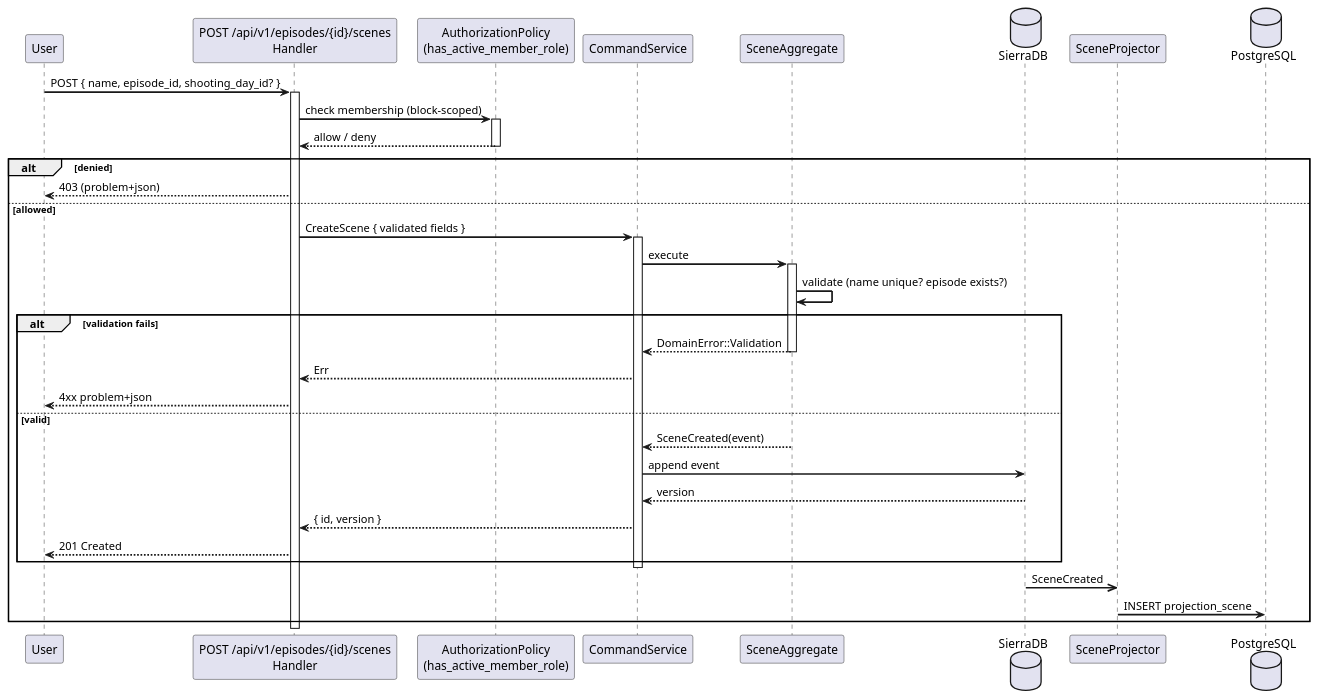
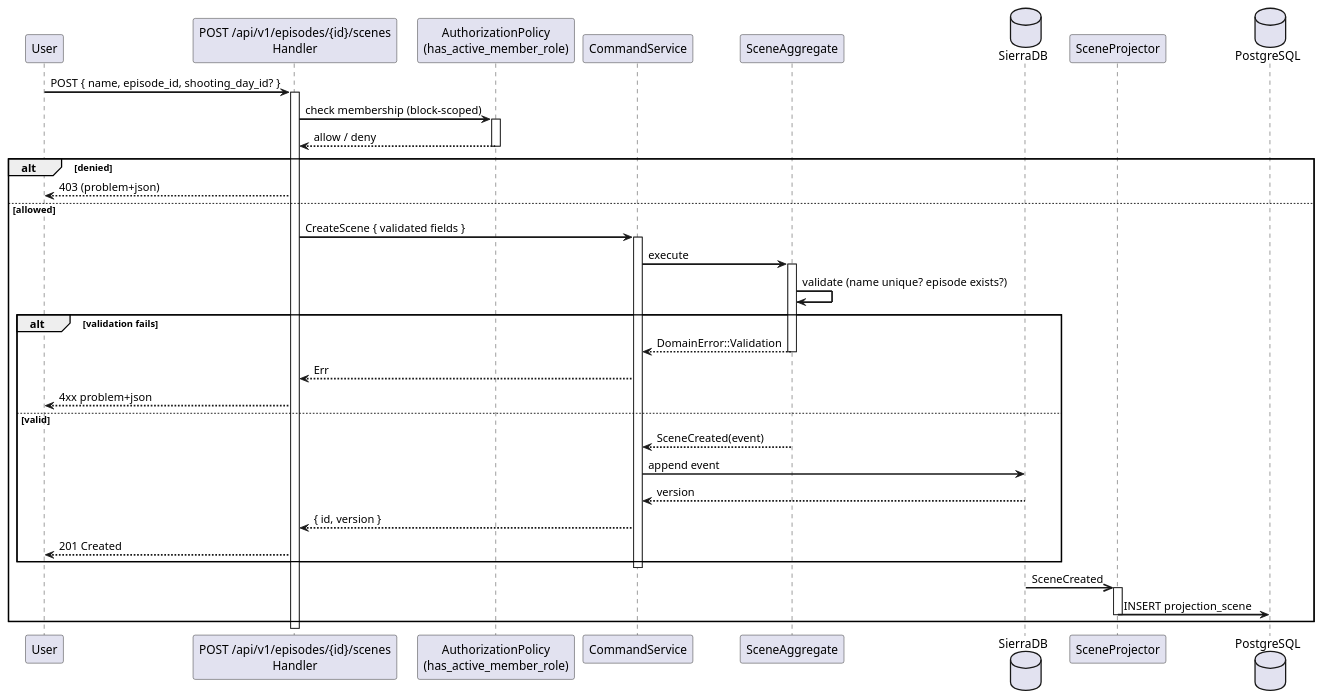
Before and after one commit to tradem/breakdown-rs: the diagram in backend/docs/architecture/diagrams/create-scene-sequence.puml, drawn with PlantUML.

Commit message:
fix: activate proj lifeline in create-scene-sequence diagram
CodeRabbitAI feedback: deactivate proj had no matching activate — the
->> message arrow does not create a lifeline activation. Add activate proj
after the SceneCreated delivery. Diagram re-rendered and verified.

```diff
--- a/backend/docs/architecture/diagrams/create-scene-sequence.puml
+++ b/backend/docs/architecture/diagrams/create-scene-sequence.puml
@@ -1,52 +1,53 @@
 @startuml create-scene-sequence
 ' SPDX-License-Identifier: AGPL-3.0
 ' Copyright (C) 2024-2026 Breakdown RS Contributors
 ' Co-authored-by: kimi-k3 (neuralwatt)
 '
 ' Runtime view: POST scene command with authz gate.
 
 skinparam shadowing false
 skinparam sequenceArrowThickness 2
 
 participant "User" as user
 participant "POST /api/v1/episodes/{id}/scenes\nHandler" as api
 participant "AuthorizationPolicy\n(has_active_member_role)" as authz
 participant "CommandService" as svc
 participant "SceneAggregate" as agg
 database "SierraDB" as es
 participant "SceneProjector" as proj
 database "PostgreSQL" as db
 
 user -> api : POST { name, episode_id, shooting_day_id? }
 activate api
 api -> authz : check membership (block-scoped)
 activate authz
 authz --> api : allow / deny
 deactivate authz
 alt denied
   api --> user : 403 (problem+json)
 else allowed
   api -> svc : CreateScene { validated fields }
   activate svc
   svc -> agg : execute
   activate agg
   agg -> agg : validate (name unique? episode exists?)
   alt validation fails
     agg --> svc : DomainError::Validation
     deactivate agg
     svc --> api : Err
     api --> user : 4xx problem+json
   else valid
     agg --> svc : SceneCreated(event)
     deactivate agg
     svc -> es : append event
     es --> svc : version
     svc --> api : { id, version }
     api --> user : 201 Created
   end
   deactivate svc
   es ->> proj : SceneCreated
+  activate proj
   proj -> db : INSERT projection_scene
   deactivate proj
 end
 @enduml
```
